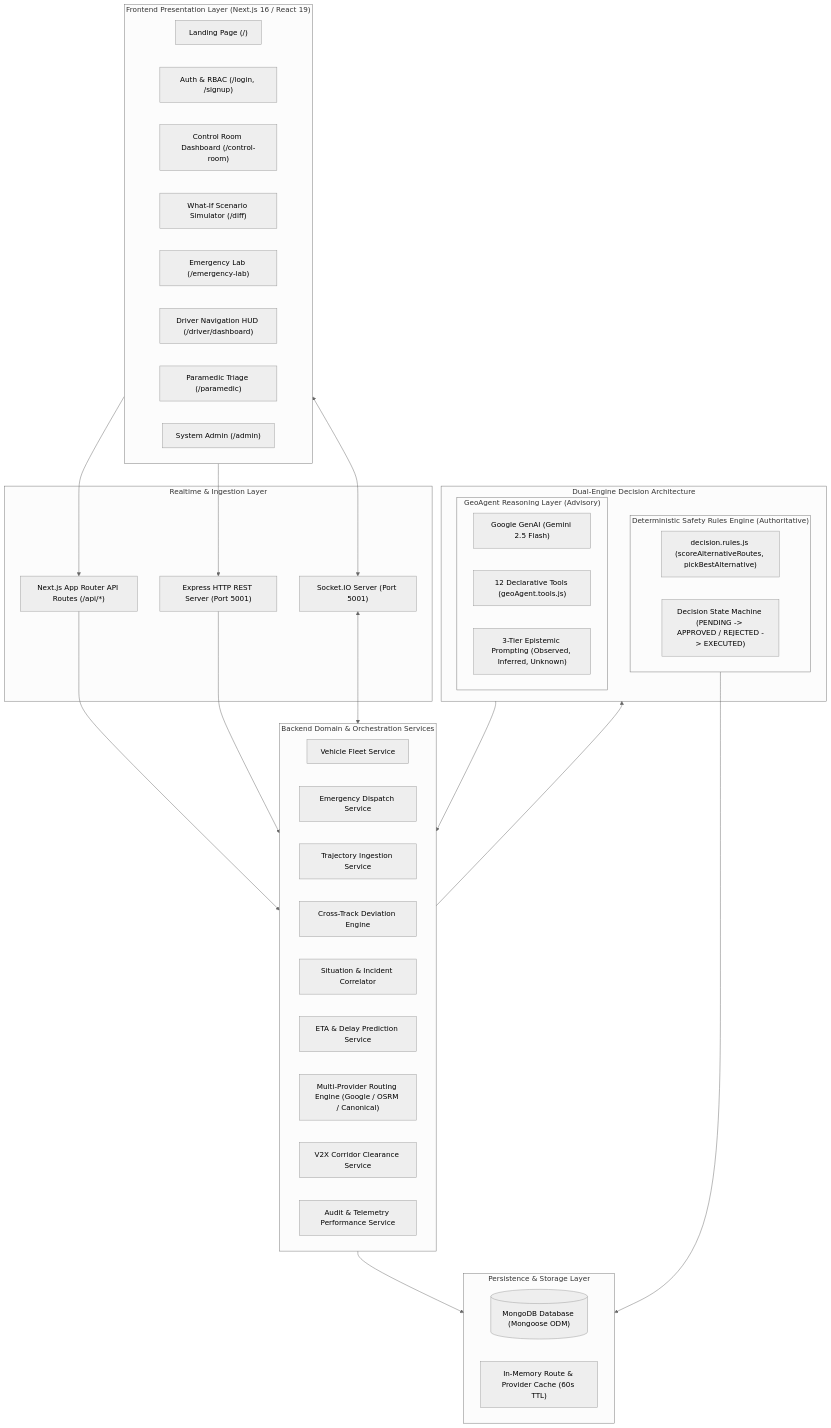
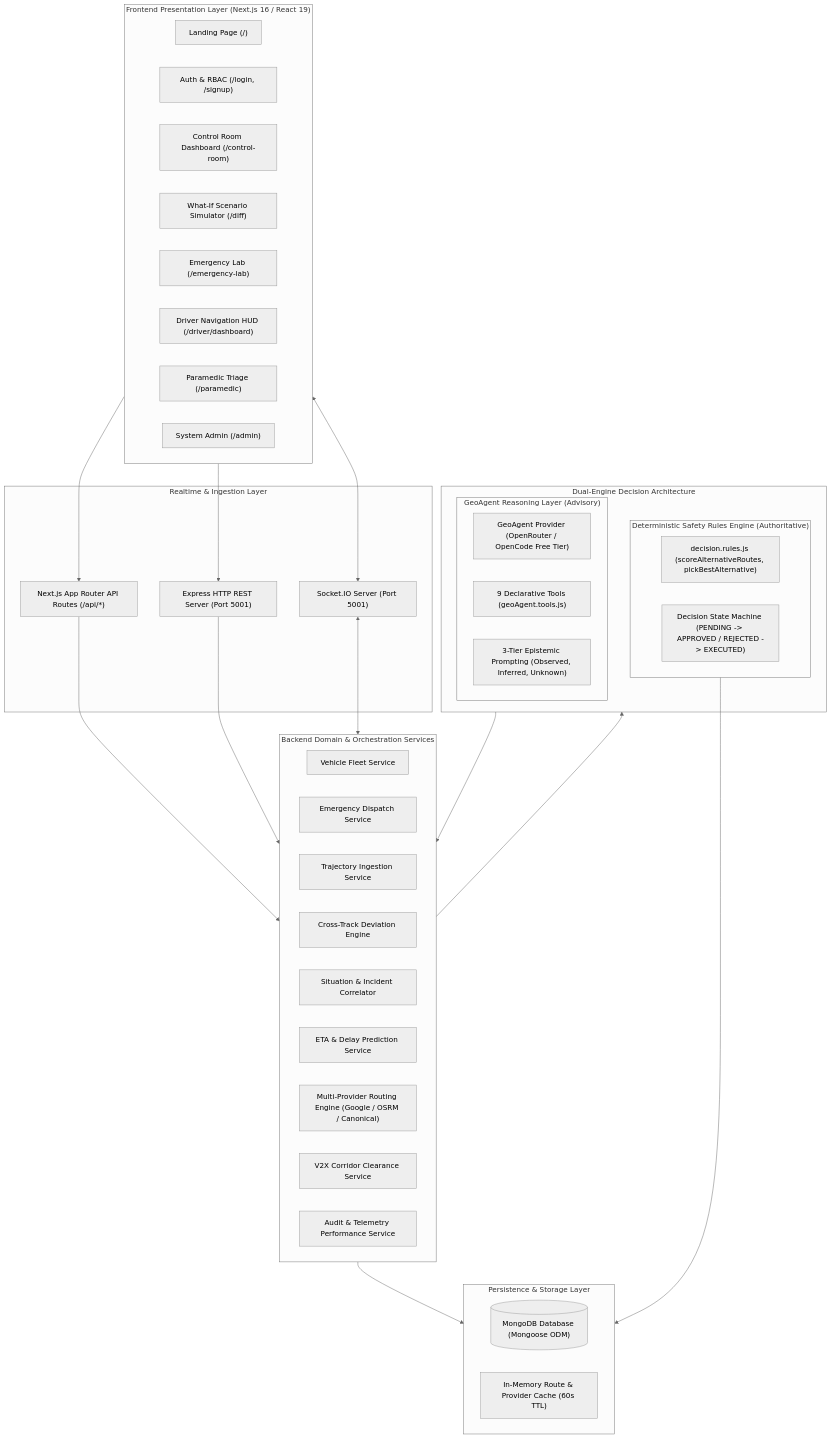
Before and after one commit to SwiftCareSC7/geoagent-emegency-project: the first of 6 diagrams in docs/SWIFTCARE-ARCHITECTURE.md, drawn with Mermaid (neutral theme). The commit also changed other lines of this file and 9 other files, not shown here.

Commit message:
docs: update references from Gemini to free-model AI provider abstraction (OpenRouter/OpenCode)

````diff
--- a/docs/SWIFTCARE-ARCHITECTURE.md
+++ b/docs/SWIFTCARE-ARCHITECTURE.md
@@ -11,62 +11,62 @@
 ```mermaid
 graph TB
     subgraph ClientLayer["Frontend Presentation Layer (Next.js 16 / React 19)"]
         Landing["Landing Page (/)"]
         AuthUI["Auth & RBAC (/login, /signup)"]
         ControlRoom["Control Room Dashboard (/control-room)"]
         DiffSim["What-If Scenario Simulator (/diff)"]
         EmergencyLab["Emergency Lab (/emergency-lab)"]
         DriverHUD["Driver Navigation HUD (/driver/dashboard)"]
         ParamedicUI["Paramedic Triage (/paramedic)"]
         AdminConsole["System Admin (/admin)"]
     end
 
     subgraph TransportLayer["Realtime & Ingestion Layer"]
         SocketServer["Socket.IO Server (Port 5001)"]
         HttpServer["Express HTTP REST Server (Port 5001)"]
         NextApiRouter["Next.js App Router API Routes (/api/*)"]
     end
 
     subgraph DomainServices["Backend Domain & Orchestration Services"]
         VehicleService["Vehicle Fleet Service"]
         EmergencyService["Emergency Dispatch Service"]
         TrajectoryService["Trajectory Ingestion Service"]
         DeviationService["Cross-Track Deviation Engine"]
         AnalysisService["Situation & Incident Correlator"]
         PredictionService["ETA & Delay Prediction Service"]
         RoutingService["Multi-Provider Routing Engine (Google / OSRM / Canonical)"]
         ClearanceService["V2X Corridor Clearance Service"]
         AdminService["Audit & Telemetry Performance Service"]
     end
 
     subgraph IntelligenceLayer["Dual-Engine Decision Architecture"]
         subgraph DeterministicEngine["Deterministic Safety Rules Engine (Authoritative)"]
             DecisionRules["decision.rules.js (scoreAlternativeRoutes, pickBestAlternative)"]
             StateFSM["Decision State Machine (PENDING -> APPROVED / REJECTED -> EXECUTED)"]
         end
 
         subgraph GenerativeAgent["GeoAgent Reasoning Layer (Advisory)"]
-            GeminiClient["Google GenAI (Gemini 2.5 Flash)"]
-            AgentTools["12 Declarative Tools (geoAgent.tools.js)"]
+            GeoAgentClient["GeoAgent Provider (OpenRouter / OpenCode Free Tier)"]
+            AgentTools["9 Declarative Tools (geoAgent.tools.js)"]
             EpistemicPrompt["3-Tier Epistemic Prompting (Observed, Inferred, Unknown)"]
         end
     end
 
     subgraph DataStore["Persistence & Storage Layer"]
         MongoDb[("MongoDB Database (Mongoose ODM)")]
         InMemCache["In-Memory Route & Provider Cache (60s TTL)"]
     end
 
     ClientLayer --> NextApiRouter
     ClientLayer --> HttpServer
     ClientLayer <--> SocketServer
 
     NextApiRouter --> DomainServices
     HttpServer --> DomainServices
     SocketServer <--> DomainServices
 
     DomainServices --> IntelligenceLayer
     IntelligenceLayer --> DomainServices
     DomainServices --> DataStore
     DeterministicEngine --> DataStore
 ```
````
